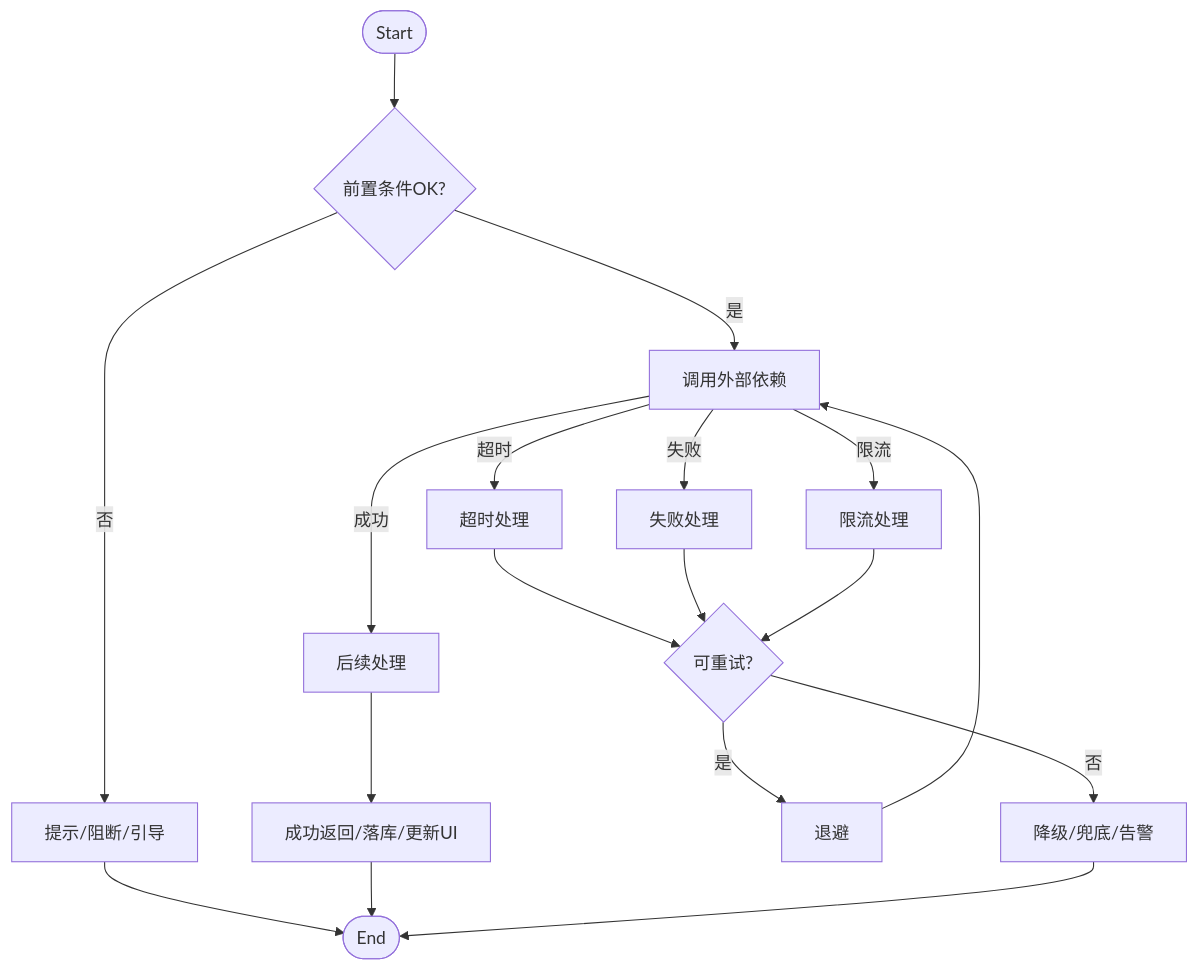
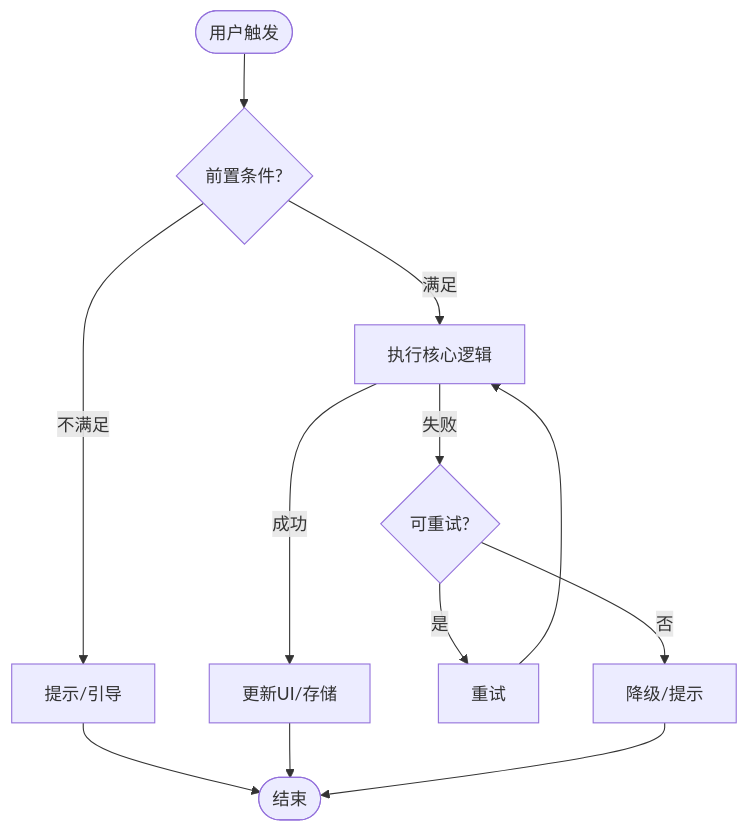
The sixth of 13 diagrams in specs/main/plan.md (jackykarma/Verity), drawn with Mermaid before and after one commit. The commit also changed other lines of this file and 1 other file, not shown here.

````diff
--- a/specs/main/plan.md
+++ b/specs/main/plan.md
@@ -181,19 +284,12 @@
 ```mermaid
 flowchart TD
-  %% TODO: 将“正常+异常”都画在同一张流程图里（可用 subgraph 分区）
-  Start([Start]) --> Precheck{前置条件OK?}
-  Precheck -->|否| Abort[提示/阻断/引导] --> End([End])
-  Precheck -->|是| CallExt[调用外部依赖]
-
-  CallExt -->|成功| Next[后续处理] --> Success[成功返回/落库/更新UI] --> End
-  CallExt -->|超时| Timeout[超时处理]
-  CallExt -->|失败| Fail[失败处理]
-  CallExt -->|限流| RateLimit[限流处理]
-
-  Timeout --> Retry{可重试?}
-  Fail --> Retry
-  RateLimit --> Retry
-
-  Retry -->|是| Backoff[退避] --> CallExt
-  Retry -->|否| Degrade[降级/兜底/告警] --> End
+  Start([用户触发]) --> Precheck{前置条件?}
+  Precheck -->|不满足| Block[提示/引导] --> End([结束])
+  Precheck -->|满足| Process[执行核心逻辑]
+  
+  Process -->|成功| Success[更新UI/存储] --> End
+  Process -->|失败| Error{可重试?}
+  
+  Error -->|是| Retry[重试] --> Process
+  Error -->|否| Fallback[降级/提示] --> End
 ```
````
